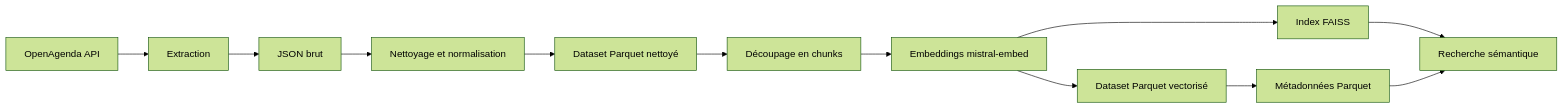
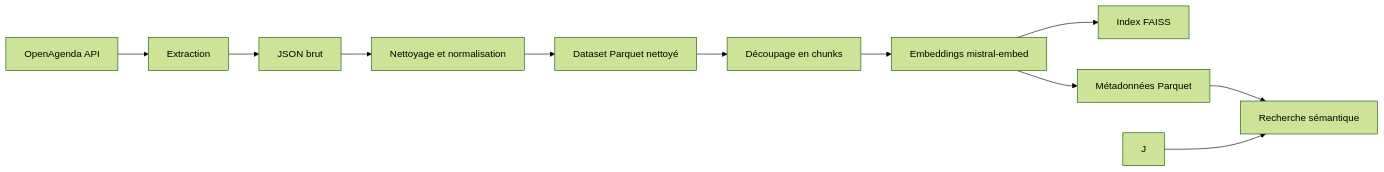
Before and after one commit to Ben-TerraPi/p11_culture_event_RAG_system: the diagram in docs/fonctionnement.md, drawn with Mermaid (forest theme). The commit also changed other lines of this file and 2 other files, not shown here.

````diff
--- a/docs/fonctionnement.md
+++ b/docs/fonctionnement.md
@@ -17,14 +17,13 @@
 ```mermaid
 flowchart LR
     A[OpenAgenda API] --> B[Extraction]
     B --> C[JSON brut]
     C --> D[Nettoyage et normalisation]
     D --> E[Dataset Parquet nettoyé]
     E --> F[Découpage en chunks]
     F --> G[Embeddings mistral-embed]
-    G --> H[Dataset Parquet vectorisé]
-    G --> I[Index FAISS]
-    H --> J[Métadonnées Parquet]
+    G --> H[Index FAISS]
+    G --> I[Métadonnées Parquet]
     I --> K[Recherche sémantique]
     J --> K
 ```
````
